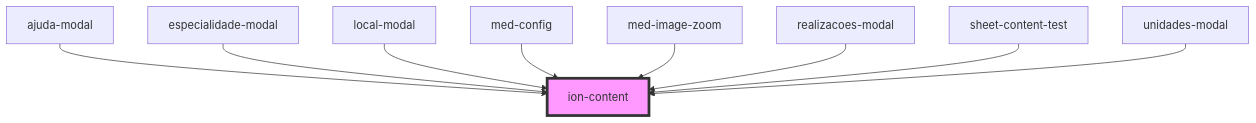
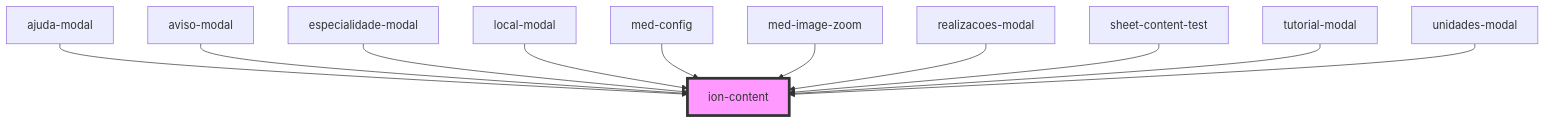
The diagram in core/src/components/content/readme.md (MEDGRUPOGIT/ionic-framework-1), drawn with Mermaid before and after one commit. The commit also changed other lines of this file and 48 other files, not shown here.

````diff
--- a/core/src/components/content/readme.md
+++ b/core/src/components/content/readme.md
@@ -275,12 +277,14 @@
 ```mermaid
 graph TD;
   ajuda-modal --> ion-content
+  aviso-modal --> ion-content
   especialidade-modal --> ion-content
   local-modal --> ion-content
   med-config --> ion-content
   med-image-zoom --> ion-content
   realizacoes-modal --> ion-content
   sheet-content-test --> ion-content
+  tutorial-modal --> ion-content
   unidades-modal --> ion-content
   style ion-content fill:#f9f,stroke:#333,stroke-width:4px
 ```
````
